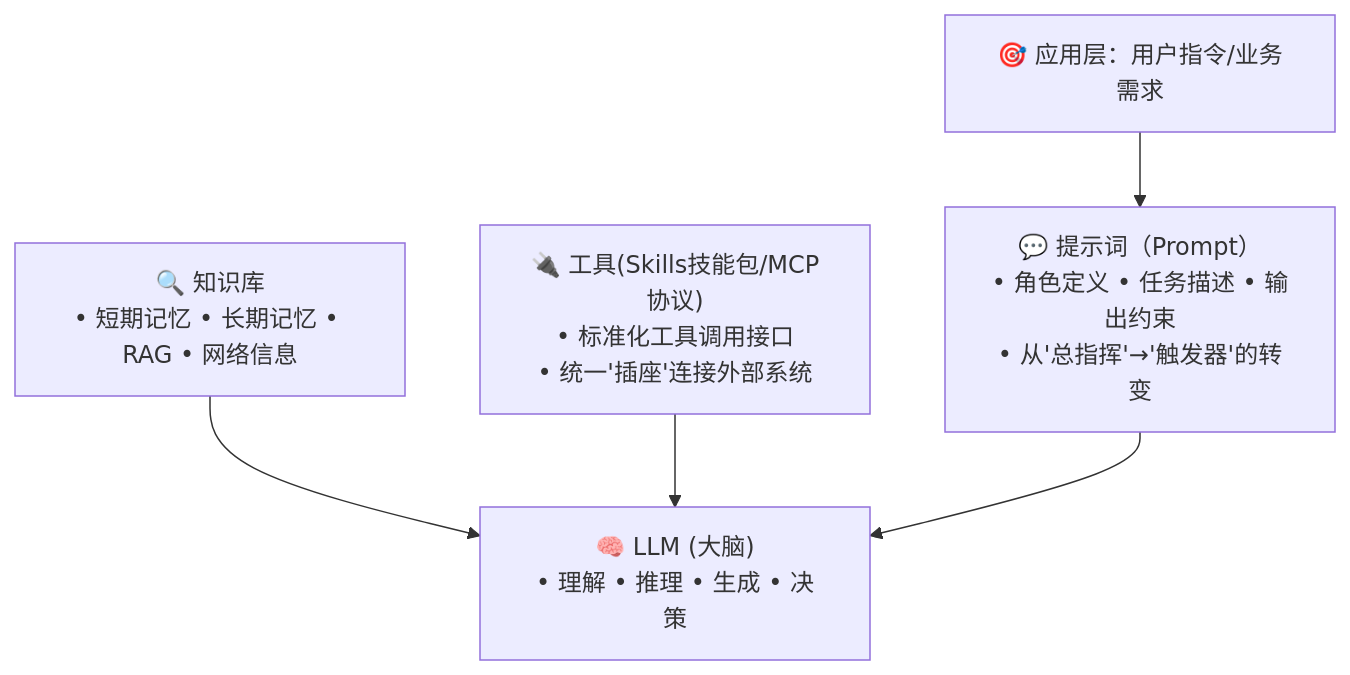
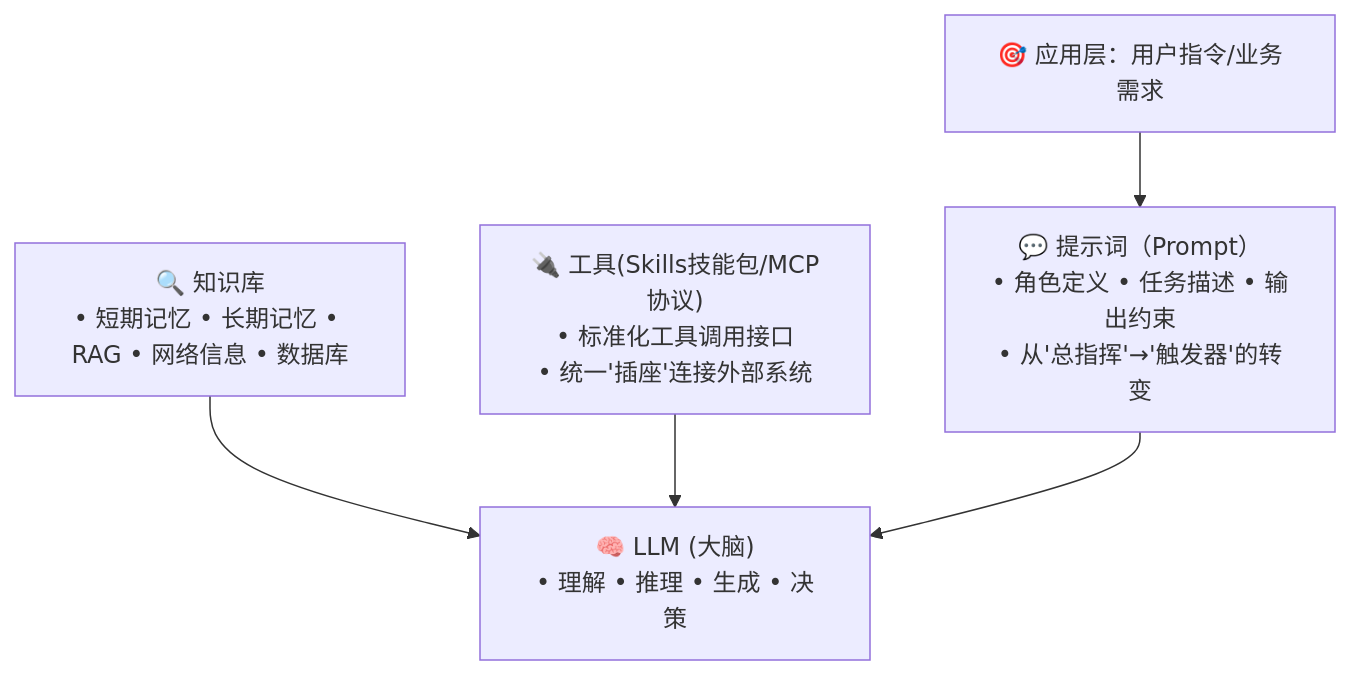
The first of 4 diagrams in note/11.ai/training/lession1/README.md (wb04307201/wb04307201), drawn with Mermaid before and after one commit. The commit also changed other lines of this file, not shown here.

````diff
--- a/note/11.ai/training/lession1/README.md
+++ b/note/11.ai/training/lession1/README.md
@@ -14,16 +14,16 @@
 ```mermaid
 graph TD
     A["🎯 应用层：用户指令/业务需求"]
     
     B1["💬 提示词（Prompt）<br/>• 角色定义 • 任务描述 • 输出约束<br/>• 从'总指挥'→'触发器'的转变"]
     
-    B2["🔍 知识库<br/>• 短期记忆 • 长期记忆 • RAG • 网络信息"]
+    B2["🔍 知识库<br/>• 短期记忆 • 长期记忆 • RAG • 网络信息 • 数据库"]
     B3["🔌 工具(Skills技能包/MCP协议)<br/>• 标准化工具调用接口<br/>• 统一'插座'连接外部系统"]
     
     C["🧠 LLM (大脑)<br/>• 理解 • 推理 • 生成 • 决策"]
     
     A --> B1
     B2 --> C
     B3 --> C
     B1 --> C
 ```
````
